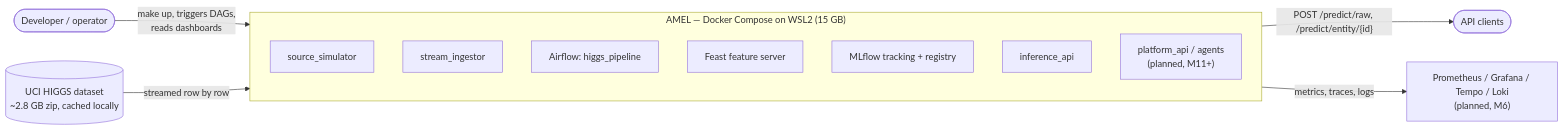
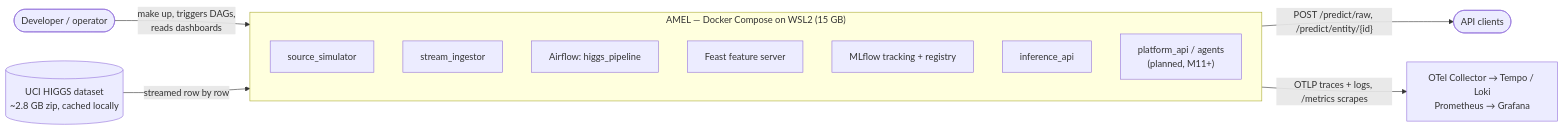
One commit to chetankumar-works/agentic-ml-engineering-lab changed the second of 4 diagrams in ARCHITECTURE.md. Above: the diagram before and after it, drawn with Mermaid. The commit also changed other lines of this file and 31 other files, not shown here.

````diff
--- a/ARCHITECTURE.md
+++ b/ARCHITECTURE.md
@@ -115,19 +115,19 @@
 ```mermaid
 flowchart LR
     dev(["Developer / operator"]) -->|"make up, triggers DAGs,<br/>reads dashboards"| amel
     higgs[("UCI HIGGS dataset<br/>~2.8 GB zip, cached locally")] -->|"streamed row by row"| amel
 
     subgraph amel ["AMEL — Docker Compose on WSL2 (15 GB)"]
         direction TB
         sim["source_simulator"]
         ing["stream_ingestor"]
         af["Airflow: higgs_pipeline"]
         fs["Feast feature server"]
         ml["MLflow tracking + registry"]
         inf["inference_api"]
         plat["platform_api / agents<br/>(planned, M11+)"]
     end
 
     amel -->|"POST /predict/raw, /predict/entity/{id}"| clients(["API clients"])
-    amel -->|"metrics, traces, logs"| obs["Prometheus / Grafana / Tempo / Loki<br/>(planned, M6)"]
+    amel -->|"OTLP traces + logs, /metrics scrapes"| obs["OTel Collector → Tempo / Loki<br/>Prometheus → Grafana"]
 ```
````
